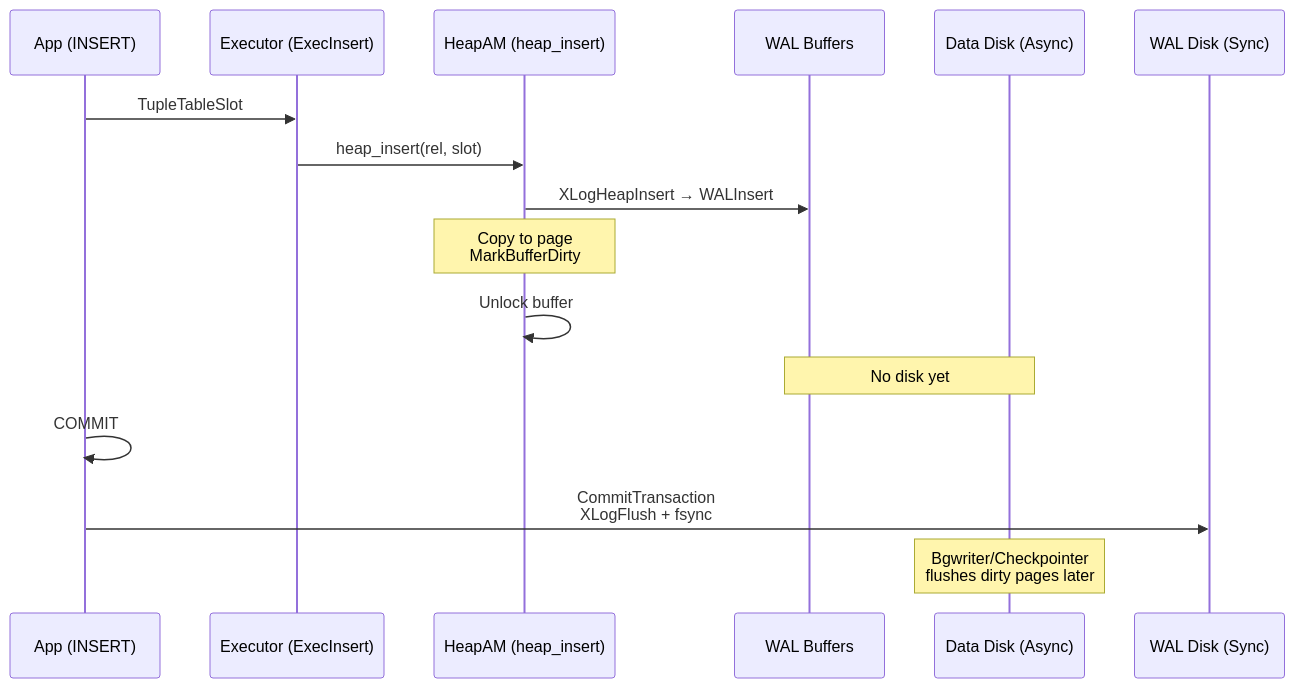
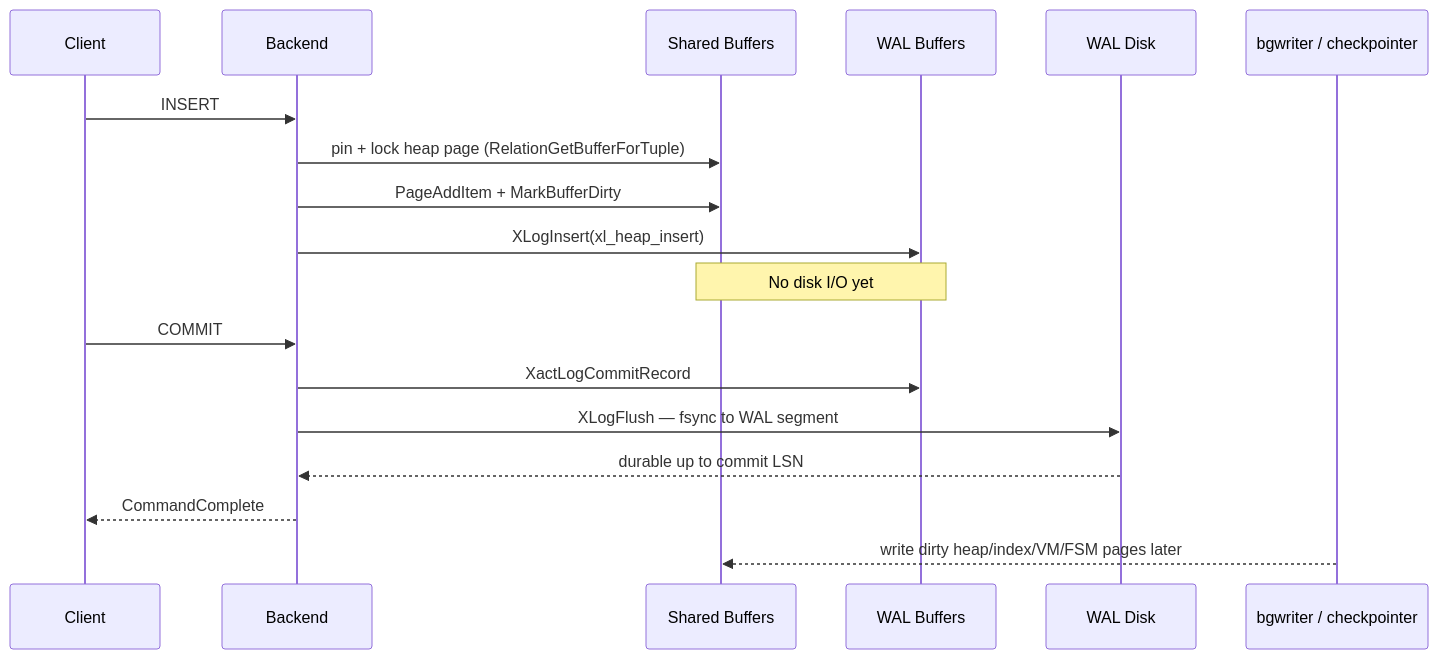
One commit to brunogiovs/postgres-llm-wiki changed the diagram in wiki/v18/questions/insert-row-disk-writes.md. Above: the diagram before and after it, drawn with Mermaid. The commit also changed other lines of this file and 6 other files, not shown here.

Commit message:
Wiki updates: modified log.md, v18/index.md, insert-row-disk-writes.md, plan-cache-mode-production-impact.md; deleted old plan-cache-mode questions (plan_cache-mode-decision-tree.md, plan_cache-mode-memory-usage-tables-comparison.md, plan_cache_mode-production-analysis.md)

````diff
--- a/wiki/v18/questions/insert-row-disk-writes.md
+++ b/wiki/v18/questions/insert-row-disk-writes.md
@@ -69,19 +91,21 @@
 ```mermaid
 sequenceDiagram
-    participant A as App (INSERT)
-    participant E as Executor (ExecInsert)
-    participant H as HeapAM (heap_insert)
-    participant W as WAL Buffers
-    participant D as Data Disk (Async)
-    participant WAL as WAL Disk (Sync)
+    participant App as Client
+    participant Be as Backend
+    participant Buf as Shared Buffers
+    participant WB as WAL Buffers
+    participant WAL as WAL Disk
+    participant Bg as bgwriter / checkpointer
 
-    A->>E: TupleTableSlot
-    E->>H: heap_insert(rel, slot)
-    H->>W: XLogHeapInsert → WALInsert
-    Note over H: Copy to page<br/>MarkBufferDirty
-    H->>H: Unlock buffer
-    Note over W,D: No disk yet
-    A->>A: COMMIT
-    A->>WAL: CommitTransaction<br/>XLogFlush + fsync
-    Note over D: Bgwriter/Checkpointer<br/>flushes dirty pages later
+    App->>Be: INSERT
+    Be->>Buf: pin + lock heap page (RelationGetBufferForTuple)
+    Be->>Buf: PageAddItem + MarkBufferDirty
+    Be->>WB: XLogInsert(xl_heap_insert)
+    Note over Buf,WB: No disk I/O yet
+    App->>Be: COMMIT
+    Be->>WB: XactLogCommitRecord
+    Be->>WAL: XLogFlush — fsync to WAL segment
+    WAL-->>Be: durable up to commit LSN
+    Be-->>App: CommandComplete
+    Bg-->>Buf: write dirty heap/index/VM/FSM pages later
 ```
````
